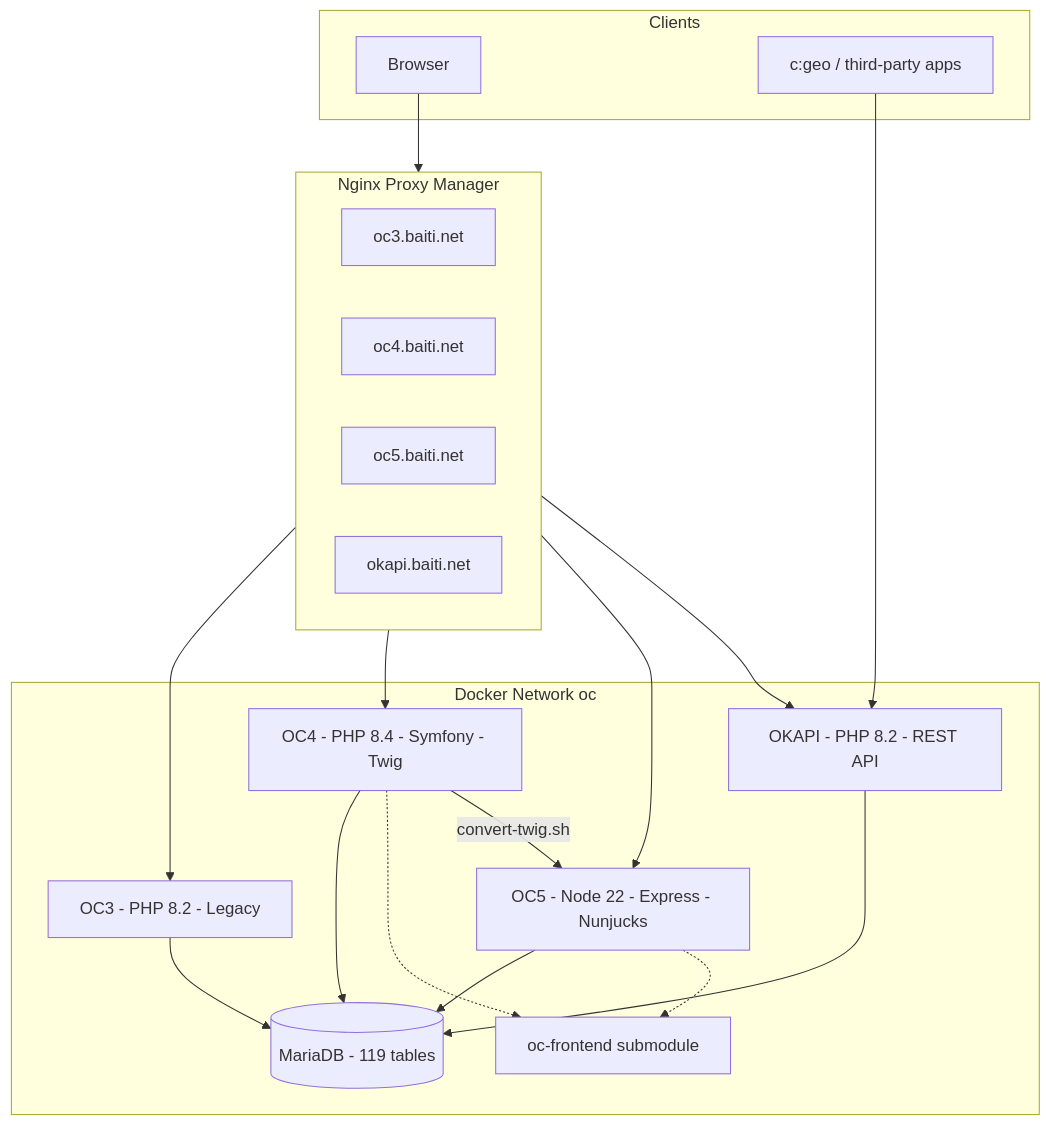
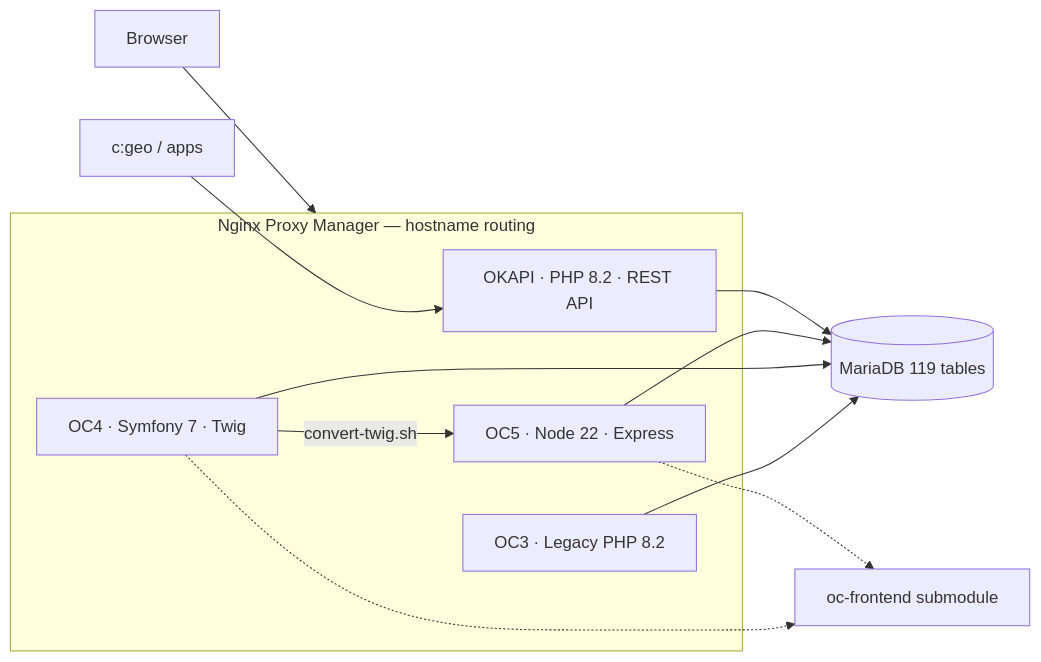
The first of 4 diagrams in public/docs/architecture.md (hxdimpf/oc5), drawn with Mermaid before and after one commit.

Commit message:
docs: sync — LR layout with c:geo→OKAPI direct

````diff
--- a/public/docs/architecture.md
+++ b/public/docs/architecture.md
@@ -9,34 +9,22 @@
 ```mermaid
-flowchart TD
-    U[Browser] --> NPM
-    CLIENT[c:geo / third-party apps] --> D
-    NPM --> A
-    NPM --> B
-    NPM --> C
-    NPM --> D
-    A --> E
-    B --> E
-    C --> E
-    D --> E
-    B -.-> F
-    C -.-> F
-    B -->|convert-twig.sh| C
-    subgraph Clients
-        U
-        CLIENT
+flowchart LR
+    BROWSER[Browser]
+    CGEO[c:geo / apps]
+    BROWSER --> NPM
+    CGEO --> OKAPI
+    subgraph NPM[Nginx Proxy Manager — hostname routing]
+        OC3[OC3 · Legacy PHP 8.2]
+        OC4[OC4 · Symfony 7 · Twig]
+        OC5[OC5 · Node 22 · Express]
+        OKAPI[OKAPI · PHP 8.2 · REST API]
     end
-    subgraph NPM[Nginx Proxy Manager]
-        R1[oc3.baiti.net]
-        R2[oc4.baiti.net]
-        R3[oc5.baiti.net]
-        R4[okapi.baiti.net]
-    end
-    subgraph OC[Docker Network oc]
-        A[OC3 - PHP 8.2 - Legacy]
-        B[OC4 - PHP 8.4 - Symfony - Twig]
-        C[OC5 - Node 22 - Express - Nunjucks]
-        D[OKAPI - PHP 8.2 - REST API]
-        E[(MariaDB - 119 tables)]
-        F[oc-frontend submodule]
-    end
+    OC3 --> DB
+    OC4 --> DB
+    OC5 --> DB
+    OKAPI --> DB
+    OC4 -.-> FRONTEND
+    OC5 -.-> FRONTEND
+    OC4 -->|convert-twig.sh| OC5
+    DB[(MariaDB 119 tables)]
+    FRONTEND[oc-frontend submodule]
 ```
````
